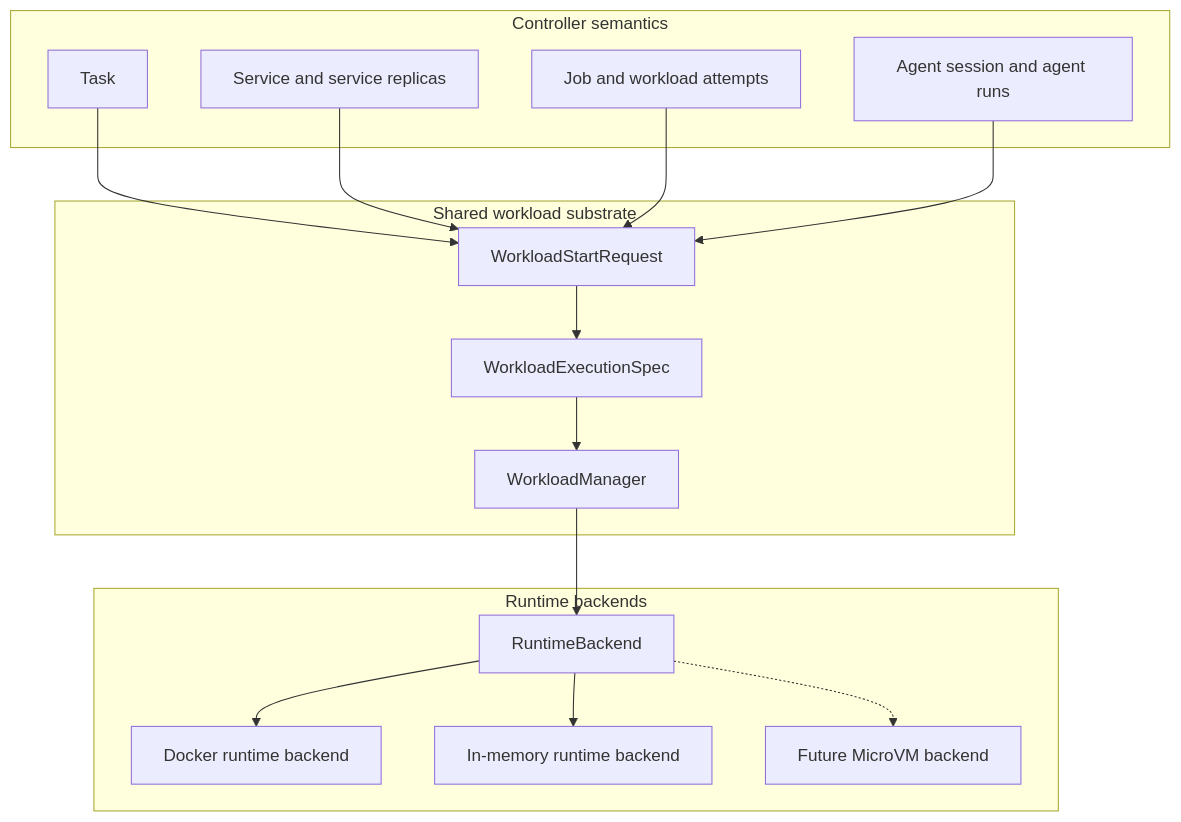
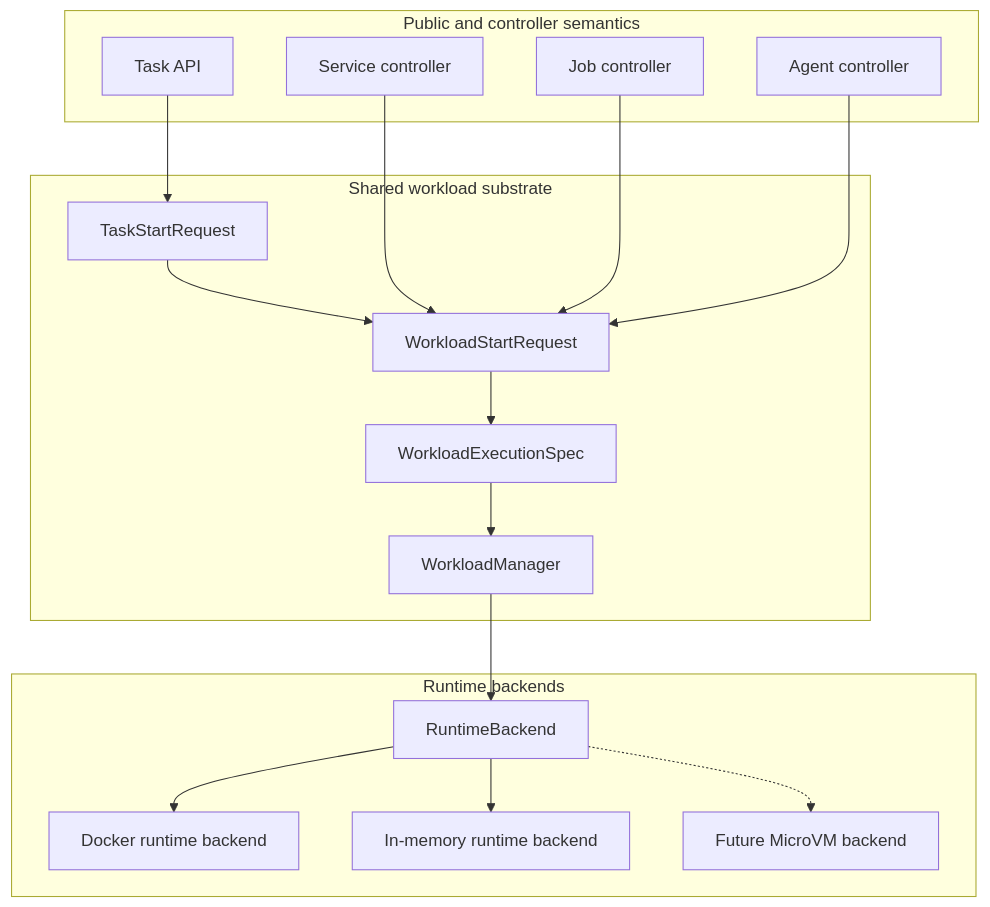
The first of 3 diagrams in docs/workloads-and-runtimes.md (MantissaLabs/mantissa), drawn with Mermaid before and after one commit. The commit also changed other lines of this file and 3 other files, not shown here.

First line of the commit message:
task: restore task-shaped start request boundary

````diff
--- a/docs/workloads-and-runtimes.md
+++ b/docs/workloads-and-runtimes.md
@@ -37,33 +37,35 @@
 ```mermaid
 flowchart TB
-    subgraph Semantics["Controller semantics"]
-        Task["Task"]
-        Service["Service and service replicas"]
-        Job["Job and workload attempts"]
-        Agent["Agent session and agent runs"]
+    subgraph Semantics["Public and controller semantics"]
+        Task["Task API"]
+        Service["Service controller"]
+        Job["Job controller"]
+        Agent["Agent controller"]
     end
 
     subgraph Workloads["Shared workload substrate"]
+        TaskStart["TaskStartRequest"]
         Start["WorkloadStartRequest"]
         Exec["WorkloadExecutionSpec"]
         Manager["WorkloadManager"]
     end
 
     subgraph Runtimes["Runtime backends"]
         Trait["RuntimeBackend"]
         Docker["Docker runtime backend"]
         Memory["In-memory runtime backend"]
         Future["Future MicroVM backend"]
     end
 
-    Task --> Start
+    Task --> TaskStart
+    TaskStart --> Start
     Service --> Start
     Job --> Start
     Agent --> Start
     Start --> Exec
     Exec --> Manager
     Manager --> Trait
     Trait --> Docker
     Trait --> Memory
     Trait -.-> Future
 ```
````
